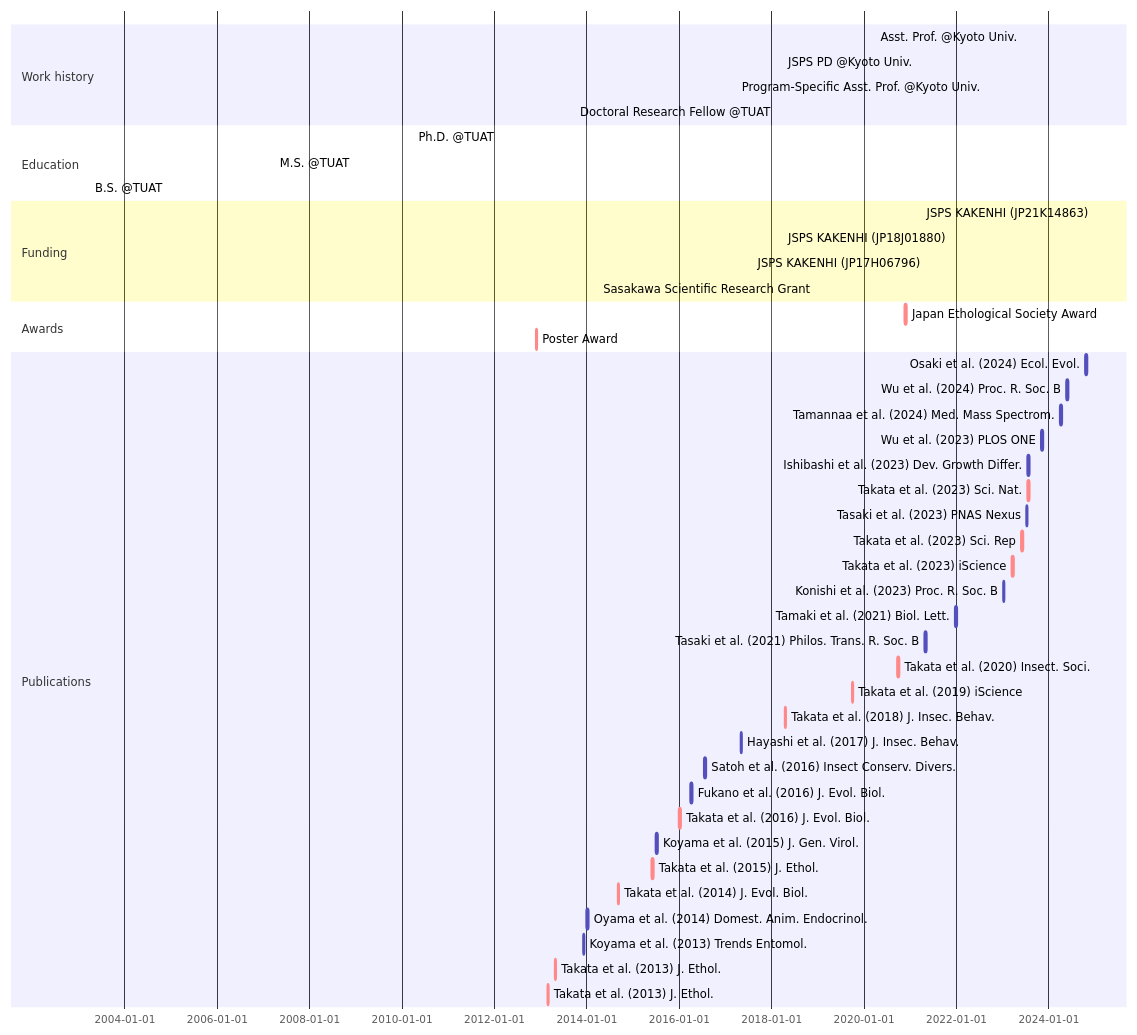
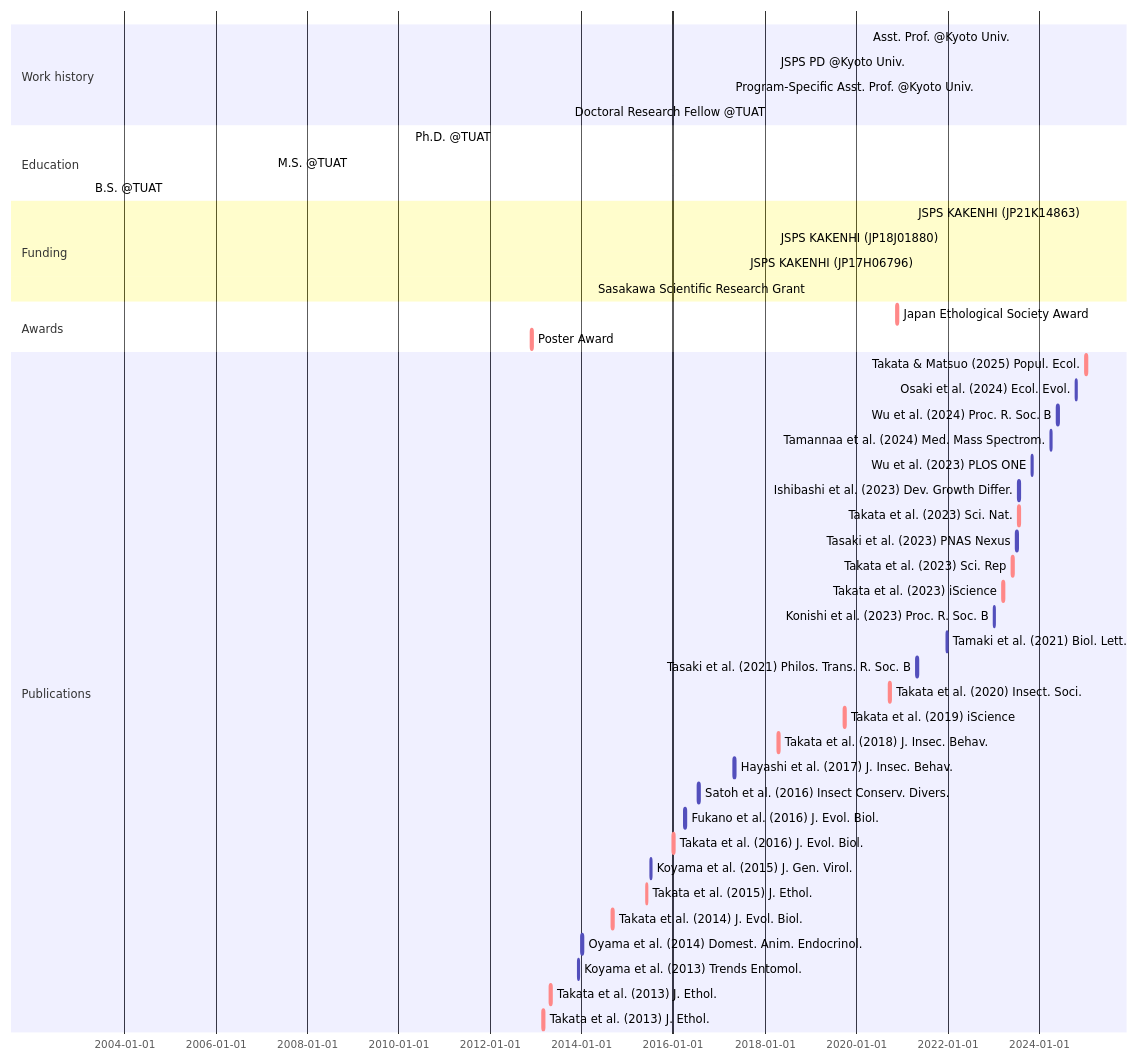
One commit to MamoruTakata/MamoruTakata.github.io changed the diagram in _includes/mermaid-cv.md. Above: the diagram before and after it, drawn with Mermaid.

````diff
--- a/_includes/mermaid-cv.md
+++ b/_includes/mermaid-cv.md
@@ -1,51 +1,52 @@
 ```mermaid
 gantt
 section Work history
   Asst. Prof. @Kyoto Univ.                      : active, Asst. Prof., 2020-04-01, 2026-03-31
   JSPS PD @Kyoto Univ.                          : active, PD, 2018-04-01, 2020-03-31
   Program-Specific Asst. Prof. @Kyoto Univ.     : active, Program-Specific Asst. Prof., 2017-04-01, 2018-03-31
   Doctoral Research Fellow @TUAT                : active, Program-Specific Asst. Prof., 2013-10-01, 2017-03-31
 
 section Education
   Ph.D. @TUAT    : Ph.D., 2010-04-01, 2013-09-18
   M.S. @TUAT     : M.S., 2007-04-01, 2010-03-31
   B.S. @TUAT     : B.S., 2003-04-01, 2007-03-31
 
 section Funding
   JSPS KAKENHI (JP21K14863)                     : active, grant_young, 2021-04-01, 2026-03-31
   JSPS KAKENHI (JP18J01880)                     : active, grant_PD, 2018-04-01, 2021-03-31
   JSPS KAKENHI (JP17H06796)                     : active, grant_start, 2017-08-01, 2018-03-31
   Sasakawa Scientific Research Grant            : active, grant_Sasagawa, 2014-04-01, 2015-03-31
 
 section Awards
   Japan Ethological Society Award               : crit, aw_2, 2020-11-21, 2w
   Poster Award                                  : crit, aw_1, 2012-11-24, 2w
 
 section Publications
+  Takata & Matsuo (2025) Popul. Ecol.           : crit, Takata & Matsuo 2025, 2025-01-07, 2w
   Osaki et al. (2024) Ecol. Evol.               :       Osaki et al. 2024, 2024-10-17, 2w
   Wu et al. (2024) Proc. R. Soc. B              :       Wu et al. 2024, 2024-05-22, 2w
   Tamannaa et al. (2024) Med. Mass Spectrom.    :       Tamannaa et al. 2024, 2024-04-01, 2w
   Wu et al. (2023) PLOS ONE                     :       Wu et al. 2023, 2023-11-02, 2w
   Ishibashi et al. (2023) Dev. Growth Differ.   :       Ishibashi et al. 2023, 2023-07-18, 2w
   Takata et al. (2023) Sci. Nat.                : crit, Takata et al. 2023c, 2023-07-17, 2w
   Tasaki et al. (2023) PNAS Nexus               :       Tasaki et al. 2023, 2023-07-04, 2w
   Takata et al. (2023) Sci. Rep                 : crit, Takata et al. 2023b, 2023-05-31, 2w
   Takata et al. (2023) iScience                 : crit, Takata et al. 2023a, 2023-03-17, 2w
   Konishi et al. (2023) Proc. R. Soc. B         :       Konishi et al. 2023, 2023-01-04, 2w
   Tamaki et al. (2021) Biol. Lett.              :       Tamaki et al. 2021, 2021-12-22, 2w
   Tasaki et al. (2021) Philos. Trans. R. Soc. B :       Tasaki et al. 2021, 2021-04-26, 2w
   Takata et al. (2020) Insect. Soci.            : crit, Takata et al. 2020, 2020-09-22, 2w
   Takata et al. (2019) iScience                 : crit, Takata et al. 2019, 2019-09-27, 2w
   Takata et al. (2018) J. Insec. Behav.         : crit, Takata et al. 2018, 2018-04-14, 2w
   Hayashi et al. (2017) J. Insec. Behav.        :       Hayashi et al. 2017, 2017-04-29, 2w
   Satoh et al. (2016) Insect Conserv. Divers.   :       Satoh et al. 2016, 2016-07-16, 2w
   Fukano et al. (2016) J. Evol. Biol.           :       Fukano et al. 2016, 2016-04-01, 2w
   Takata et al. (2016) J. Evol. Biol.           : crit, Takata et al. 2016, 2016-01-01, 2w
   Koyama et al. (2015) J. Gen. Virol.           :       Koyama et al. 2015, 2015-07-01, 2w
   Takata et al. (2015) J. Ethol.                : crit, Takata et al. 2015, 2015-05-28, 2w
   Takata et al. (2014) J. Evol. Biol.           : crit, Takata et al. 2014, 2014-09-01, 2w
   Oyama et al. (2014) Domest. Anim. Endocrinol. :       Oyama et al. 2014, 2014-01-01, 2w
   Koyama et al. (2013) Trends Entomol.          :       Koyama et al. 2013, 2013-12-01, 2w
   Takata et al. (2013) J. Ethol.                : crit, Takata et al. 2015b, 2013-04-21, 2w
   Takata et al. (2013) J. Ethol.                : crit, Takata et al. 2015a, 2013-02-23, 2w
 ```
````
